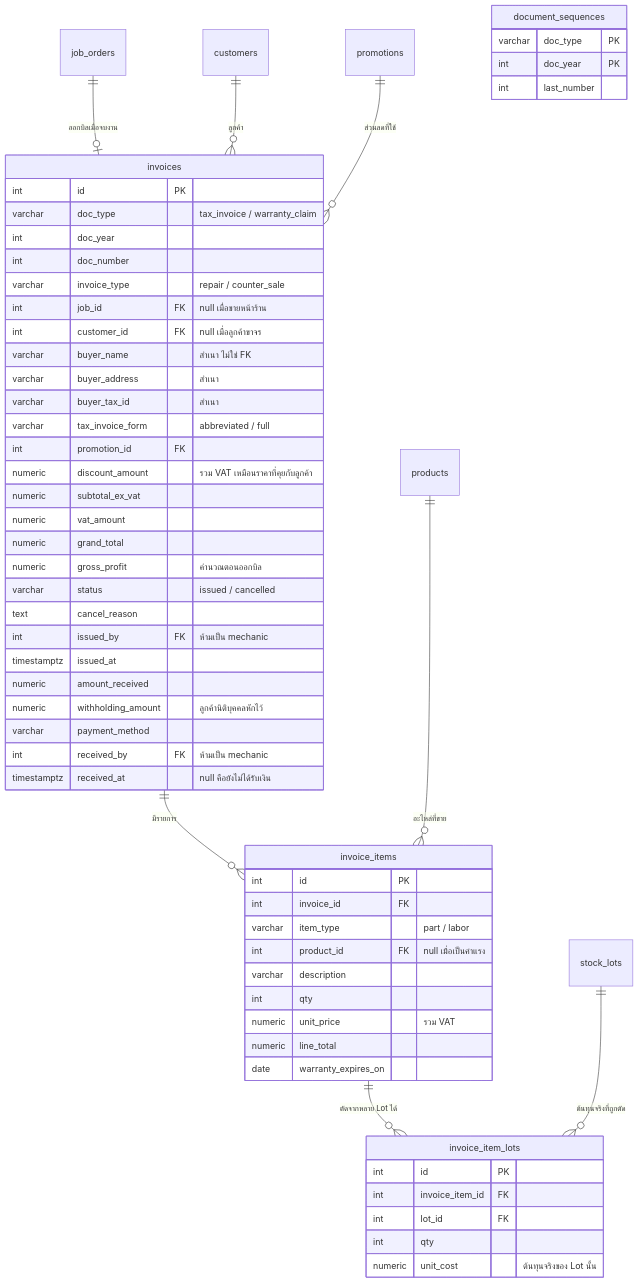
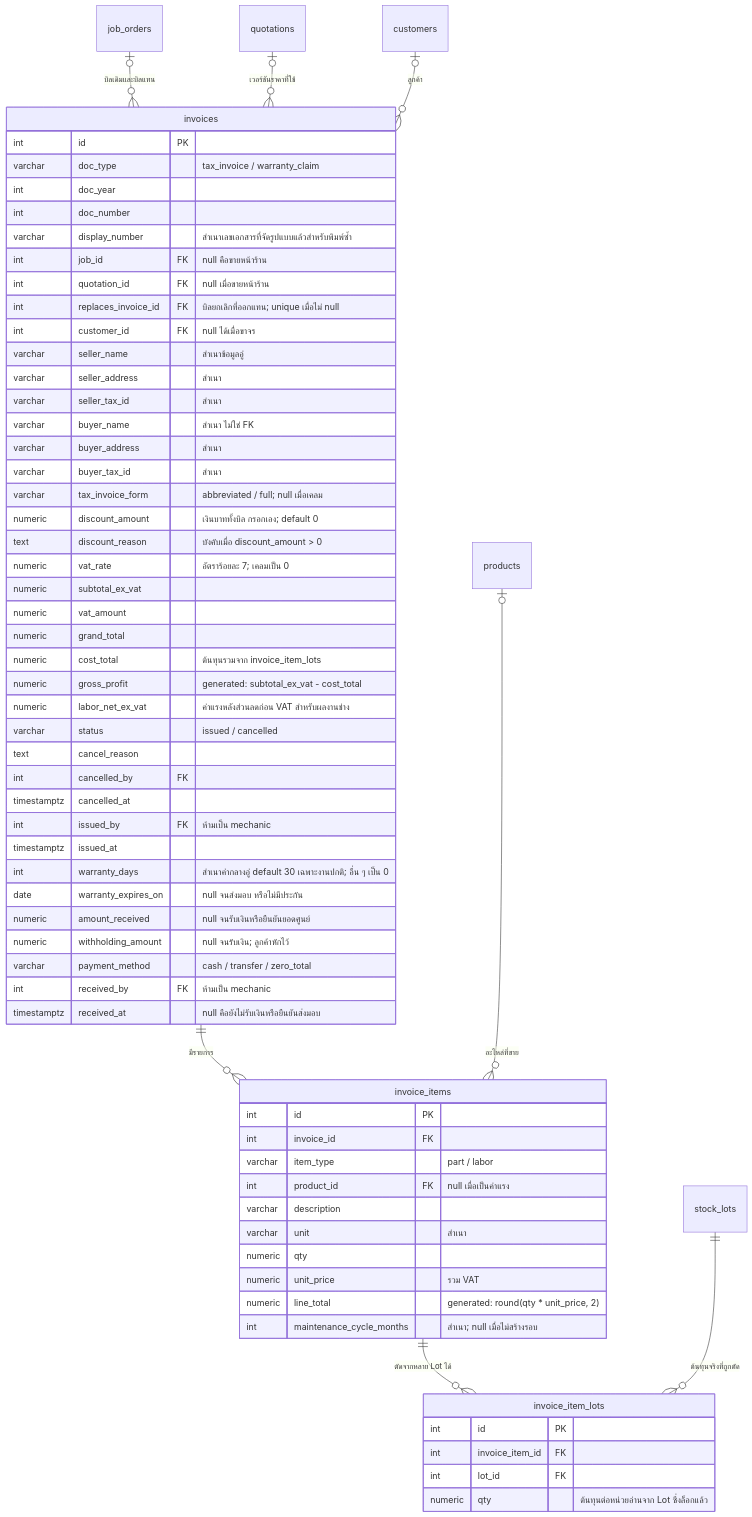
One commit to kaewjamsai0193/Garage_Final_Project changed the seventh of 9 diagrams in data_model.md. Above: the diagram before and after it, drawn with Mermaid. The commit also changed other lines of this file and 3 other files, not shown here.

````diff
--- a/data_model.md
+++ b/data_model.md
@@ -277,65 +328,71 @@
 ```mermaid
 erDiagram
-    job_orders ||--o| invoices : "ออกบิลเมื่อจบงาน"
-    customers ||--o{ invoices : "ลูกค้า"
-    promotions ||--o{ invoices : "ส่วนลดที่ใช้"
+    job_orders |o--o{ invoices : "บิลเดิมและบิลแทน"
+    quotations |o--o{ invoices : "เวอร์ชันราคาที่ใช้"
+    customers |o--o{ invoices : "ลูกค้า"
     invoices ||--o{ invoice_items : "มีรายการ"
     invoice_items ||--o{ invoice_item_lots : "ตัดจากหลาย Lot ได้"
     stock_lots ||--o{ invoice_item_lots : "ต้นทุนจริงที่ถูกตัด"
-    products ||--o{ invoice_items : "อะไหล่ที่ขาย"
+    products |o--o{ invoice_items : "อะไหล่ที่ขาย"
 
     invoices {
         int id PK
         varchar doc_type "tax_invoice / warranty_claim"
         int doc_year
         int doc_number
-        varchar invoice_type "repair / counter_sale"
-        int job_id FK "null เมื่อขายหน้าร้าน"
-        int customer_id FK "null เมื่อลูกค้าขาจร"
+        varchar display_number "สำเนาเลขเอกสารที่จัดรูปแบบแล้วสำหรับพิมพ์ซ้ำ"
+        int job_id FK "null คือขายหน้าร้าน"
+        int quotation_id FK "null เมื่อขายหน้าร้าน"
+        int replaces_invoice_id FK "บิลยกเลิกที่ออกแทน; unique เมื่อไม่ null"
+        int customer_id FK "null ได้เมื่อขาจร"
+        varchar seller_name "สำเนาข้อมูลอู่"
+        varchar seller_address "สำเนา"
+        varchar seller_tax_id "สำเนา"
         varchar buyer_name "สำเนา ไม่ใช่ FK"
         varchar buyer_address "สำเนา"
         varchar buyer_tax_id "สำเนา"
-        varchar tax_invoice_form "abbreviated / full"
-        int promotion_id FK
-        numeric discount_amount "รวม VAT เหมือนราคาที่คุยกับลูกค้า"
+        varchar tax_invoice_form "abbreviated / full; null เมื่อเคลม"
+        numeric discount_amount "เงินบาททั้งบิล กรอกเอง; default 0"
+        text discount_reason "บังคับเมื่อ discount_amount > 0"
+        numeric vat_rate "อัตราร้อยละ 7; เคลมเป็น 0"
         numeric subtotal_ex_vat
         numeric vat_amount
         numeric grand_total
-        numeric gross_profit "คำนวณตอนออกบิล"
+        numeric cost_total "ต้นทุนรวมจาก invoice_item_lots"
+        numeric gross_profit "generated: subtotal_ex_vat - cost_total"
+        numeric labor_net_ex_vat "ค่าแรงหลังส่วนลดก่อน VAT สำหรับผลงานช่าง"
         varchar status "issued / cancelled"
         text cancel_reason
+        int cancelled_by FK
+        timestamptz cancelled_at
         int issued_by FK "ห้ามเป็น mechanic"
         timestamptz issued_at
-        numeric amount_received
-        numeric withholding_amount "ลูกค้านิติบุคคลหักไว้"
-        varchar payment_method
+        int warranty_days "สำเนาค่ากลางอู่ default 30 เฉพาะงานปกติ; อื่น ๆ เป็น 0"
+        date warranty_expires_on "null จนส่งมอบ หรือไม่มีประกัน"
+        numeric amount_received "null จนรับเงินหรือยืนยันยอดศูนย์"
+        numeric withholding_amount "null จนรับเงิน; ลูกค้าหักไว้"
+        varchar payment_method "cash / transfer / zero_total"
         int received_by FK "ห้ามเป็น mechanic"
-        timestamptz received_at "null คือยังไม่ได้รับเงิน"
+        timestamptz received_at "null คือยังไม่รับเงินหรือยืนยันส่งมอบ"
     }
 
     invoice_items {
         int id PK
         int invoice_id FK
         varchar item_type "part / labor"
         int product_id FK "null เมื่อเป็นค่าแรง"
         varchar description
-        int qty
+        varchar unit "สำเนา"
+        numeric qty
         numeric unit_price "รวม VAT"
-        numeric line_total
-        date warranty_expires_on
+        numeric line_total "generated: round(qty * unit_price, 2)"
+        int maintenance_cycle_months "สำเนา; null เมื่อไม่สร้างรอบ"
     }
 
     invoice_item_lots {
         int id PK
         int invoice_item_id FK
         int lot_id FK
-        int qty
-        numeric unit_cost "ต้นทุนจริงของ Lot นั้น"
-    }
-
-    document_sequences {
-        varchar doc_type PK
-        int doc_year PK
-        int last_number
+        numeric qty "ต้นทุนต่อหน่วยอ่านจาก Lot ซึ่งล็อกแล้ว"
     }
 ```
````
